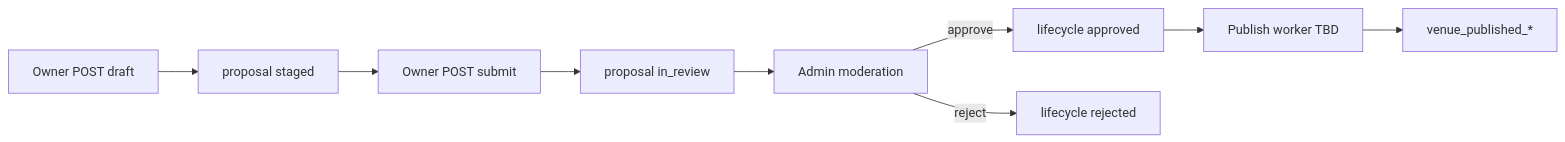
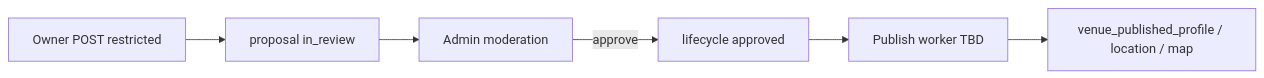
One commit to OwenPearse/PubPlus changed the second of 2 diagrams in docs/owner-venue-onboarding/STAGING_REVIEW_PUBLISH_AUDIT.md. Above: the diagram before and after it, drawn with Mermaid. The commit also changed other lines of this file and 8 other files, not shown here.

First line of the commit message:
docs(owner-onboarding): reframe Stage 4 edit policy for direct vs restricted changes.

````diff
--- a/docs/owner-venue-onboarding/STAGING_REVIEW_PUBLISH_AUDIT.md
+++ b/docs/owner-venue-onboarding/STAGING_REVIEW_PUBLISH_AUDIT.md
@@ -166,11 +124,8 @@
 ```mermaid
 flowchart LR
-  A[Owner POST draft] --> B[proposal staged]
-  B --> C[Owner POST submit]
-  C --> D[proposal in_review]
-  D --> E[Admin moderation]
-  E -->|approve| F[lifecycle approved]
-  E -->|reject| G[lifecycle rejected]
-  F --> H[Publish worker TBD]
-  H --> I[venue_published_*]
+  A[Owner POST restricted] --> B[proposal in_review]
+  B --> C[Admin moderation]
+  C -->|approve| D[lifecycle approved]
+  D --> E[Publish worker TBD]
+  E --> F[venue_published_profile / location / map]
 ```
````
